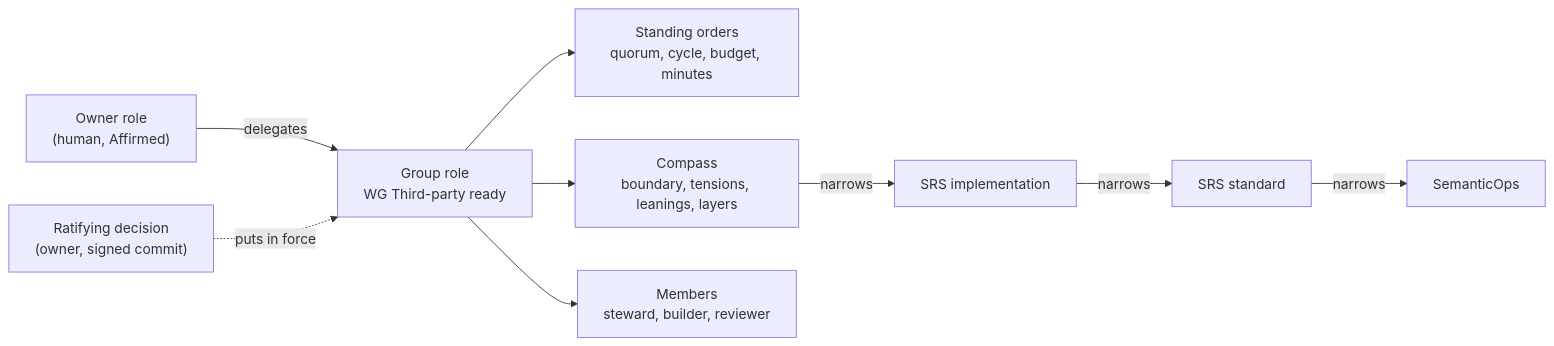
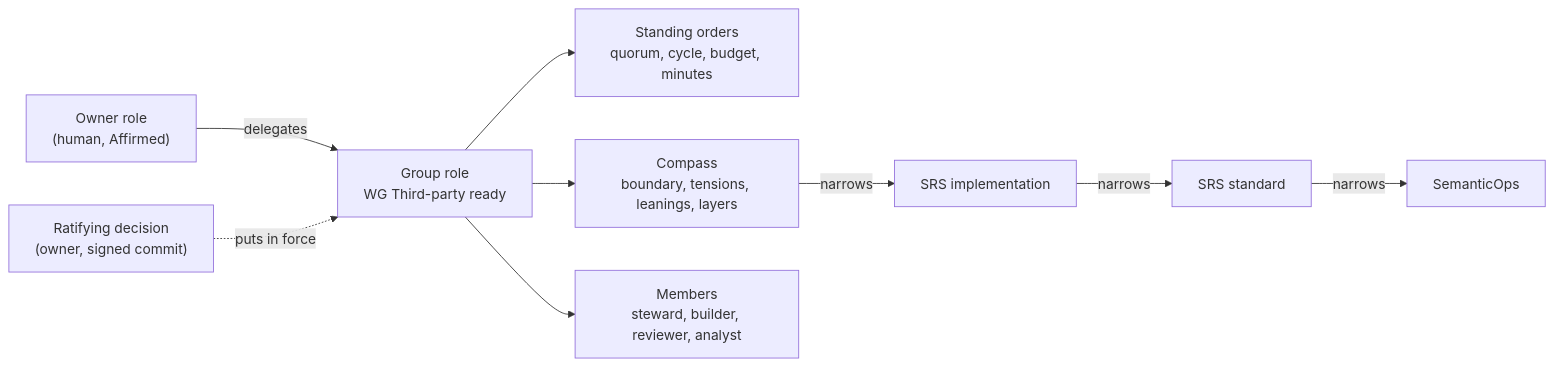
The seventh of 7 diagrams in routines/working-groups.md (the-greenman/clerk), drawn with Mermaid before and after one commit. The commit also changed other lines of this file and 9 other files, not shown here.

````diff
--- a/routines/working-groups.md
+++ b/routines/working-groups.md
@@ -166,11 +166,11 @@
 ```mermaid
 flowchart LR
   OW["Owner role<br/>(human, Affirmed)"] -->|delegates| GR["Group role<br/>WG Third-party ready"]
   RD["Ratifying decision<br/>(owner, signed commit)"] -.->|puts in force| GR
   GR --> SO["Standing orders<br/>quorum, cycle, budget, minutes"]
   GR --> CP["Compass<br/>boundary, tensions, leanings, layers"]
-  GR --> AG["Members<br/>steward, builder, reviewer"]
+  GR --> AG["Members<br/>steward, builder, reviewer, analyst"]
   CP -->|narrows| B2["SRS implementation"]
   B2 -->|narrows| B1["SRS standard"]
   B1 -->|narrows| B0["SemanticOps"]
 ```
````
